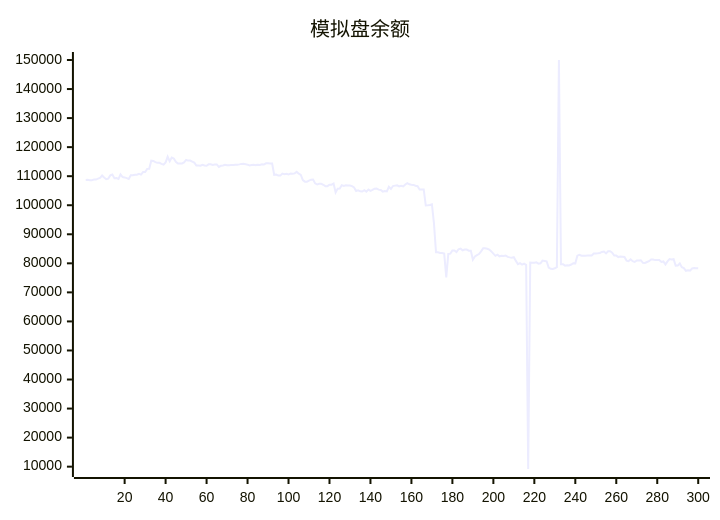
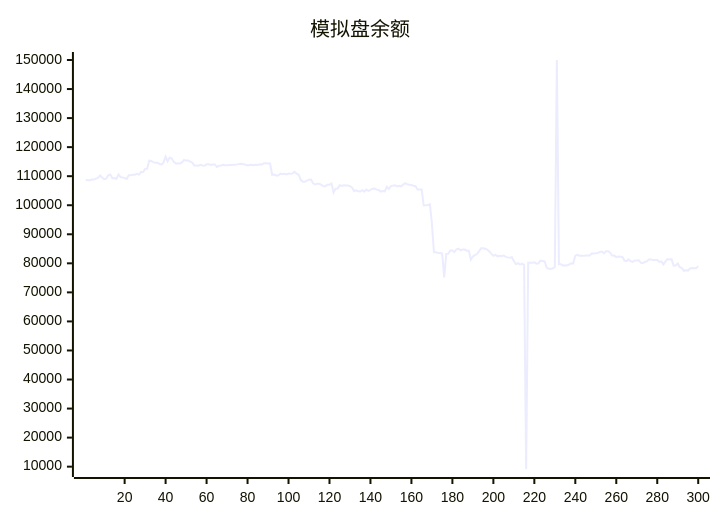
One commit to aahl/ai-trading changed the diagram in README.md. Above: the diagram before and after it, drawn with Mermaid. The commit also changed other lines of this file and 1 other file, not shown here.

````diff
--- a/README.md
+++ b/README.md
@@ -5,5 +5,5 @@
 ```mermaid
 xychart
     title "模拟盘余额"
-    line [108718,108752,108644,108644,108863,108823,109162,109419,110224,109539,108945,109172,110262,110546,109304,109343,109053,110606,109702,109584,109337,109071,110342,110342,110488,110488,110814,110531,111421,111421,112518,112522,115341,115266,114830,114584,114588,114231,113973,114726,116697,115160,116423,116083,114950,114365,114365,114388,114730,115582,115358,115358,115032,114686,113688,113688,113610,113930,113672,113585,114083,114074,113840,113996,114051,113208,113593,113701,113901,113794,113784,113810,113848,113927,113929,114064,114232,114293,114144,113960,113698,113853,113942,113812,113908,113877,114091,113998,114427,114422,114384,114384,110477,110576,110198,110198,110890,110712,110812,110569,110929,110847,110968,111478,110870,110433,108661,108116,108115,108485,108797,108877,107536,107134,107393,107393,107046,106565,106565,107081,107081,107478,104404,105715,105749,106866,106651,106889,106771,106816,106565,106141,104876,105103,104796,104734,105169,104690,105380,104941,105272,105709,105739,105374,105227,104691,104924,104762,106364,105628,106608,106748,106872,106485,106721,106468,107132,107620,107224,107080,107001,106717,106567,105431,105431,105440,99950,100017,100113,100337,93749,83795,83807,83567,83567,83342,75168,83222,83336,84448,84449,83896,84839,85065,84499,84757,84757,84364,84347,81254,82385,82835,83184,84099,85150,85150,85002,84751,84096,83356,82582,82983,82404,82572,82512,82688,82200,82047,81920,82125,80840,79688,80060,79552,79920,79470,9193,80236,80208,80170,80336,79894,80006,80954,80837,80712,78561,78139,78037,78293,78682,150000,79720,79720,79214,79372,79279,79591,80046,79993,82625,82950,82626,82571,82633,82670,82670,82681,83386,83378,83464,83579,83920,84037,83402,84160,84142,83652,82655,82655,82145,82315,82243,82163,80934,80770,81371,80742,80468,80989,80989,81067,80191,80155,80450,80737,81309,81309,81106,81119,81119,80471,80631,79624,80670,81448,81290,81429,79212,79222,79940,78643,78380,77432,77623,77504,78235,78358,78284,78277]
+    line [108752,108644,108644,108863,108823,109162,109419,110224,109539,108945,109172,110262,110546,109304,109343,109053,110606,109702,109584,109337,109071,110342,110342,110488,110488,110814,110531,111421,111421,112518,112522,115341,115266,114830,114584,114588,114231,113973,114726,116697,115160,116423,116083,114950,114365,114365,114388,114730,115582,115358,115358,115032,114686,113688,113688,113610,113930,113672,113585,114083,114074,113840,113996,114051,113208,113593,113701,113901,113794,113784,113810,113848,113927,113929,114064,114232,114293,114144,113960,113698,113853,113942,113812,113908,113877,114091,113998,114427,114422,114384,114384,110477,110576,110198,110198,110890,110712,110812,110569,110929,110847,110968,111478,110870,110433,108661,108116,108115,108485,108797,108877,107536,107134,107393,107393,107046,106565,106565,107081,107081,107478,104404,105715,105749,106866,106651,106889,106771,106816,106565,106141,104876,105103,104796,104734,105169,104690,105380,104941,105272,105709,105739,105374,105227,104691,104924,104762,106364,105628,106608,106748,106872,106485,106721,106468,107132,107620,107224,107080,107001,106717,106567,105431,105431,105440,99950,100017,100113,100337,93749,83795,83807,83567,83567,83342,75168,83222,83336,84448,84449,83896,84839,85065,84499,84757,84757,84364,84347,81254,82385,82835,83184,84099,85150,85150,85002,84751,84096,83356,82582,82983,82404,82572,82512,82688,82200,82047,81920,82125,80840,79688,80060,79552,79920,79470,9193,80236,80208,80170,80336,79894,80006,80954,80837,80712,78561,78139,78037,78293,78682,150000,79720,79720,79214,79372,79279,79591,80046,79993,82625,82950,82626,82571,82633,82670,82670,82681,83386,83378,83464,83579,83920,84037,83402,84160,84142,83652,82655,82655,82145,82315,82243,82163,80934,80770,81371,80742,80468,80989,80989,81067,80191,80155,80450,80737,81309,81309,81106,81119,81119,80471,80631,79624,80670,81448,81290,81429,79212,79222,79940,78643,78380,77432,77623,77504,78235,78358,78284,78277,79048]
 ```
````
